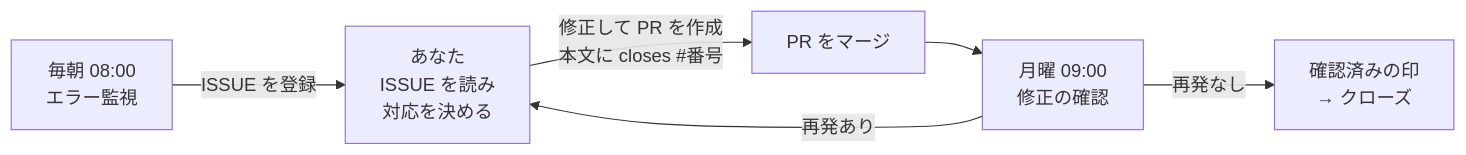
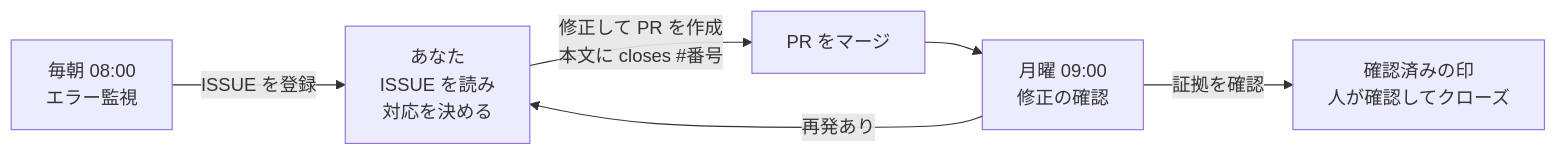
The first of 2 diagrams in README.md (atsuki-sakai/cloud-ops-team), drawn with Mermaid before and after one commit. The commit also changed other lines of this file and 17 other files, not shown here.

````diff
--- a/README.md
+++ b/README.md
@@ -56,8 +61,8 @@
 ```mermaid
 flowchart LR
     A["毎朝 08:00<br/>エラー監視"] -->|"ISSUE を登録"| B["あなた<br/>ISSUE を読み<br/>対応を決める"]
     B -->|"修正して PR を作成<br/>本文に closes #番号"| C["PR をマージ"]
     C --> D["月曜 09:00<br/>修正の確認"]
-    D -->|"再発なし"| E["確認済みの印<br/>→ クローズ"]
+    D -->|"証拠を確認"| E["確認済みの印<br/>人が確認してクローズ"]
     D -->|"再発あり"| B
 ```
````
